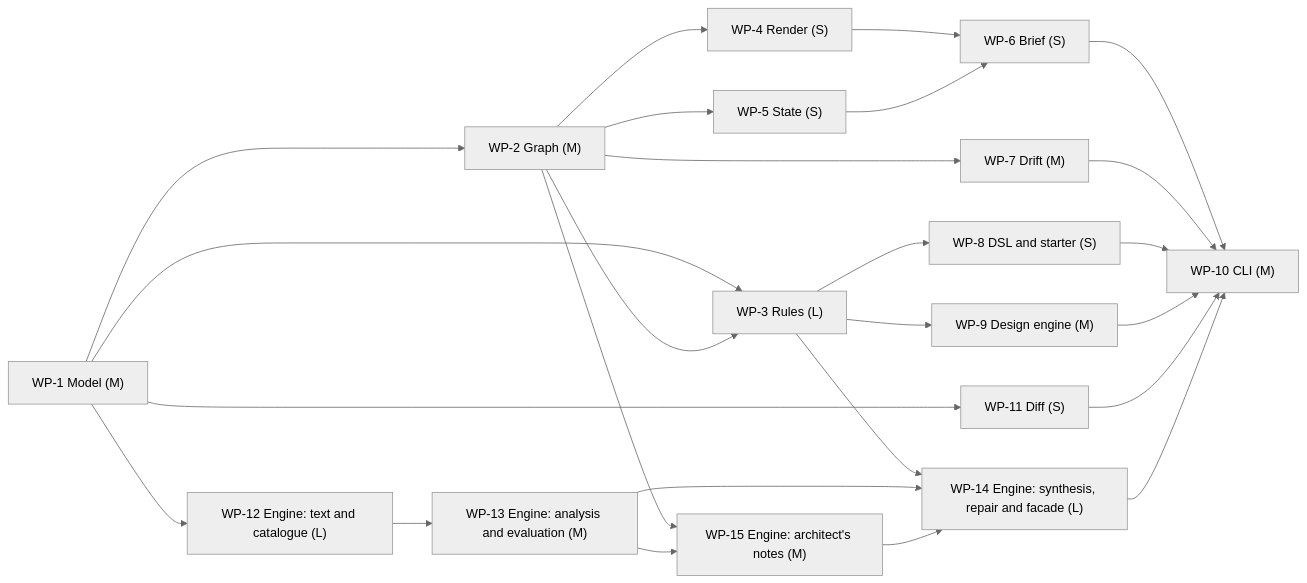
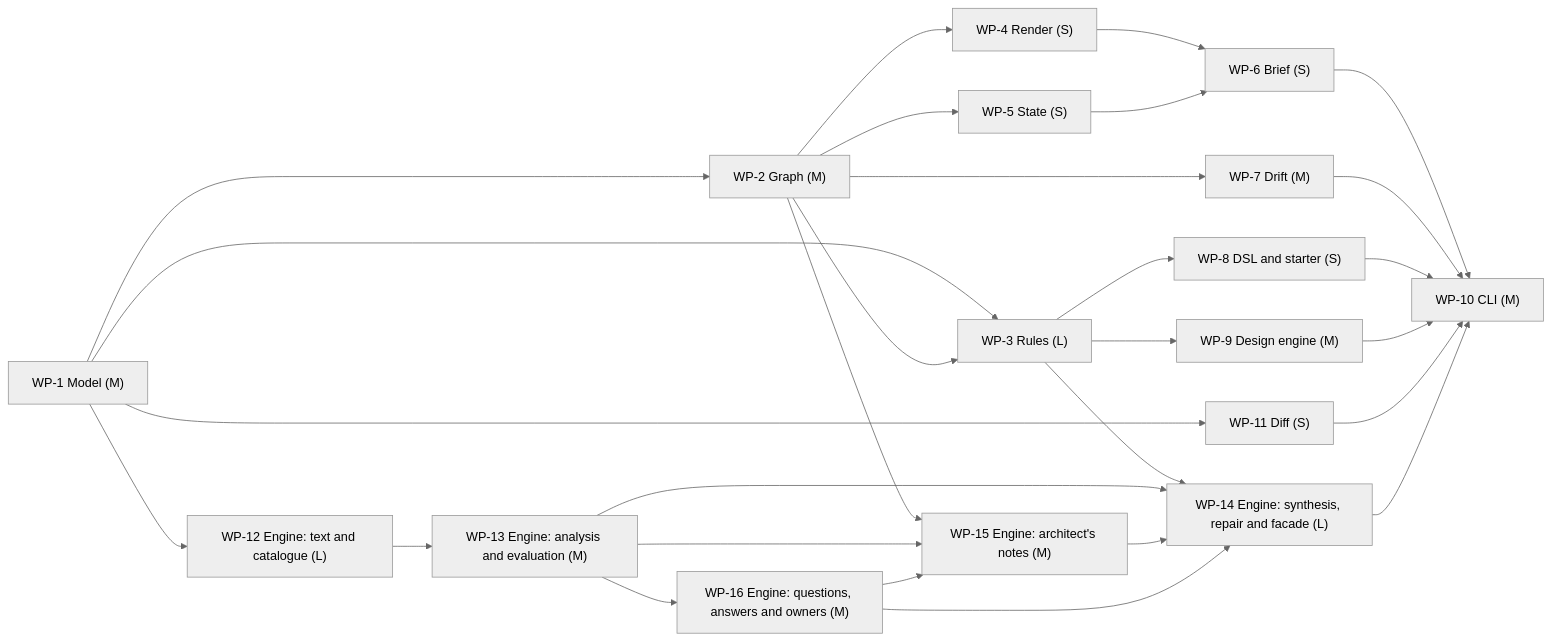
One commit to yui9696/sekkei changed the eighth of 8 diagrams in examples/self/DESIGN.md. Above: the diagram before and after it, drawn with Mermaid (neutral theme). The commit also changed other lines of this file and 27 other files, not shown here.

First line of the commit message:
Autonomy: the engine answers its own questions and owns every requirement

````diff
--- a/examples/self/DESIGN.md
+++ b/examples/self/DESIGN.md
@@ -883,42 +935,46 @@
 ```mermaid
 graph LR
   WP_1["WP-1 Model (M)"]
   WP_2["WP-2 Graph (M)"]
   WP_3["WP-3 Rules (L)"]
   WP_4["WP-4 Render (S)"]
   WP_5["WP-5 State (S)"]
   WP_6["WP-6 Brief (S)"]
   WP_7["WP-7 Drift (M)"]
   WP_8["WP-8 DSL and starter (S)"]
   WP_9["WP-9 Design engine (M)"]
   WP_12["WP-12 Engine: text and catalogue (L)"]
   WP_13["WP-13 Engine: analysis and evaluation (M)"]
+  WP_16["WP-16 Engine: questions, answers and owners (M)"]
   WP_15["WP-15 Engine: architect's notes (M)"]
   WP_14["WP-14 Engine: synthesis, repair and facade (L)"]
   WP_11["WP-11 Diff (S)"]
   WP_10["WP-10 CLI (M)"]
   WP_1 --> WP_2
   WP_1 --> WP_3
   WP_2 --> WP_3
   WP_2 --> WP_4
   WP_2 --> WP_5
   WP_4 --> WP_6
   WP_5 --> WP_6
   WP_2 --> WP_7
   WP_3 --> WP_8
   WP_3 --> WP_9
   WP_1 --> WP_12
   WP_12 --> WP_13
+  WP_13 --> WP_16
   WP_2 --> WP_15
   WP_13 --> WP_15
+  WP_16 --> WP_15
   WP_3 --> WP_14
   WP_13 --> WP_14
   WP_15 --> WP_14
+  WP_16 --> WP_14
   WP_1 --> WP_11
   WP_6 --> WP_10
   WP_7 --> WP_10
   WP_8 --> WP_10
   WP_9 --> WP_10
   WP_11 --> WP_10
   WP_14 --> WP_10
 ```
````
